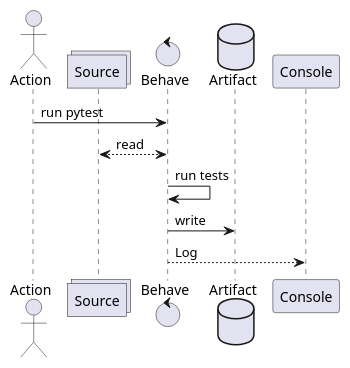
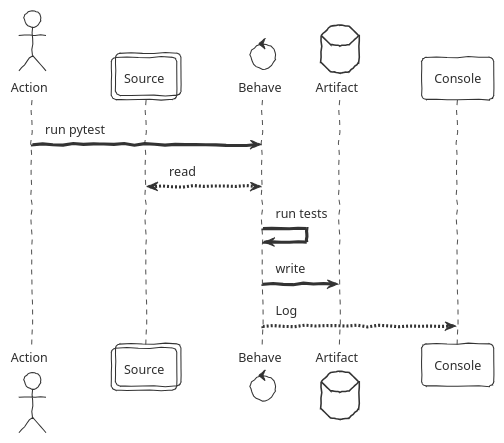
The diagram in docs/diagrams/cucumber.puml (elchupanebrej/pytest-bdd-ng), drawn with PlantUML before and after one commit. The commit also changed 1 other file, not shown here.

Commit message:
WIP: switch to sketchy theme to emphasize immaturity

```diff
--- a/docs/diagrams/cucumber.puml
+++ b/docs/diagrams/cucumber.puml
@@ -1,15 +1,15 @@
 @startuml
-'https://plantuml.com/sequence-diagram
+!theme sketchy-outline
 actor "Action" as test
 collections "Source" as repo
 control "Behave" as runner
 database "Artifact" as out
 participant "Console" as log
 
 'autonumber
 test -> runner: run pytest
 runner <--> repo: read
 runner -> runner: run tests
 runner -> out: write
 runner --> log: Log
 @enduml
```
